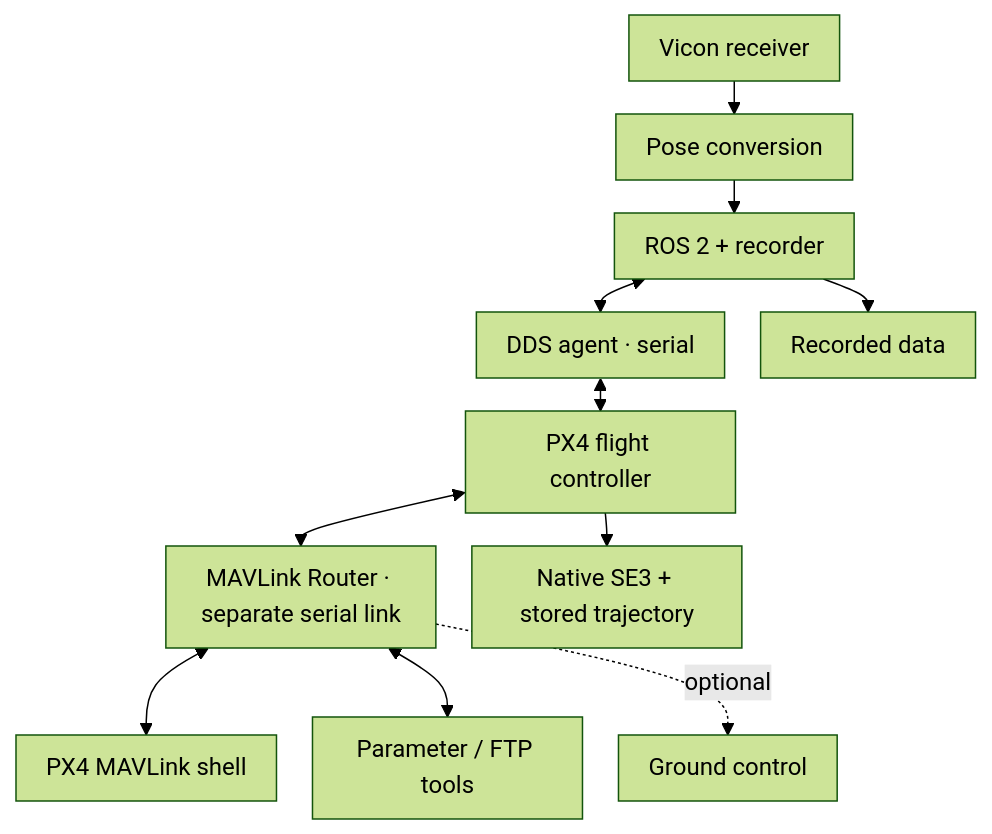
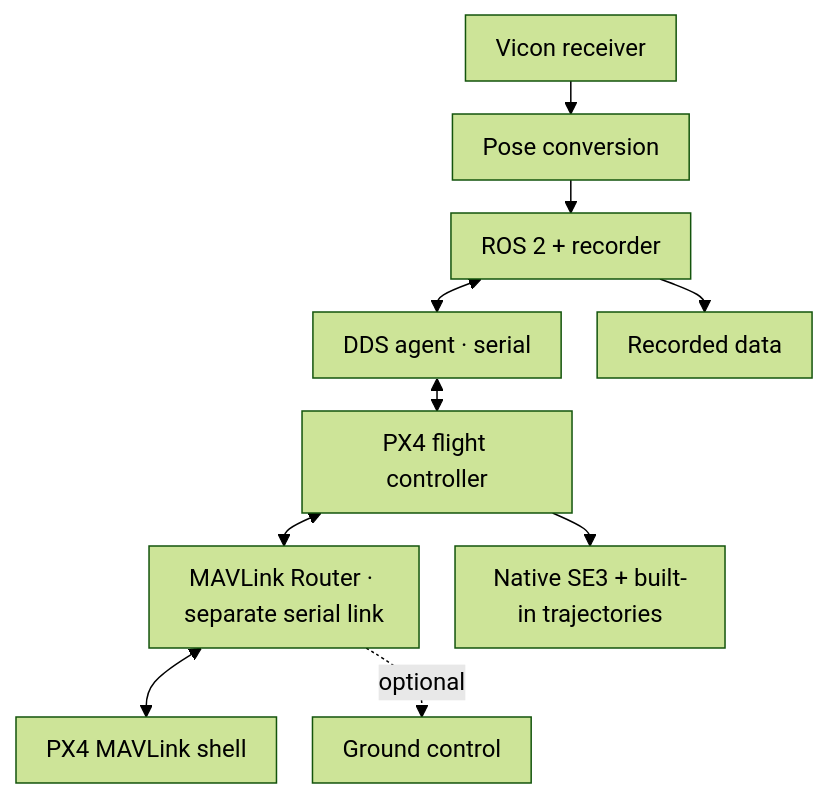
Before and after one commit to ANCL/px4-dev-toolkit: the second of 2 diagrams in docs/reference/architecture.md, drawn with Mermaid (forest theme). The commit also changed other lines of this file and 44 other files, not shown here.

````diff
--- a/docs/reference/architecture.md
+++ b/docs/reference/architecture.md
@@ -39,22 +39,21 @@
 ```mermaid
 ---
 config:
   flowchart:
     useMaxWidth: true
     wrappingWidth: 140
     padding: 10
     rankSpacing: 22
     nodeSpacing: 24
 ---
 flowchart TB
     V["Vicon receiver"] --> C["Pose conversion"]
     C --> R["ROS 2 + recorder"]
     R <--> X["DDS agent · serial"]
     X <--> P["PX4 flight controller"]
     P <--> MR["MAVLink Router · separate serial link"]
     MR <--> SH["PX4 MAVLink shell"]
-    MR <--> CLI["Parameter / FTP tools"]
-    MR -. optional .-> GCS["Ground control"]
-    P --> N["Native SE3 + stored trajectory"]
+        MR -. optional .-> GCS["Ground control"]
+    P --> N["Native SE3 + built-in trajectories"]
     R --> B["Recorded data"]
 ```
````
